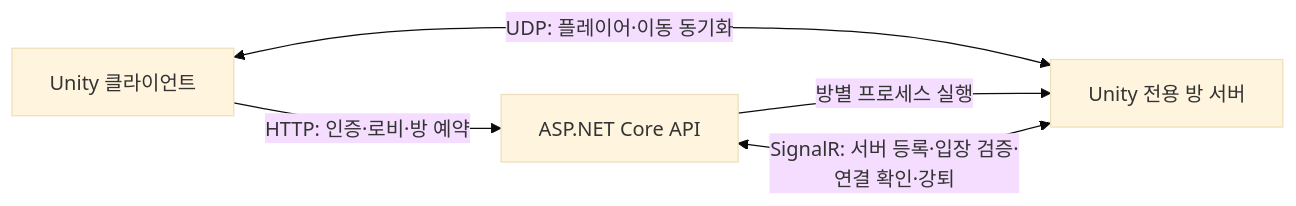
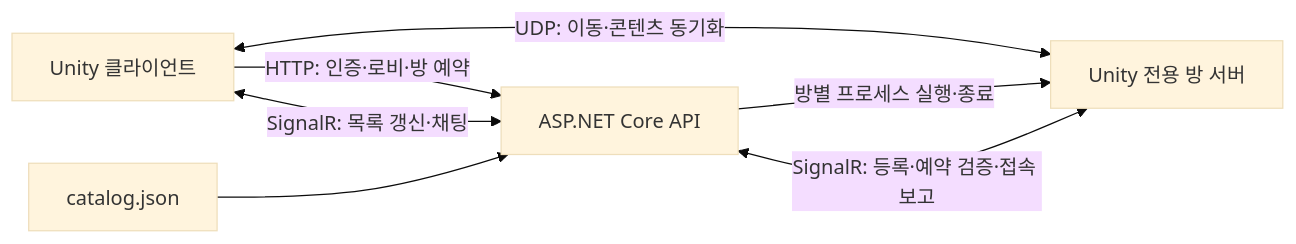
One commit to Jaehyung2028/Smart-Training-Server changed the diagram in README.md. Above: the diagram before and after it, drawn with Mermaid (base theme). The commit also changed other lines of this file and 2 other files, not shown here.

````diff
--- a/README.md
+++ b/README.md
@@ -15,7 +20,9 @@
 ```mermaid
 flowchart LR
     C[Unity 클라이언트] -->|HTTP: 인증·로비·방 예약| A[ASP.NET Core API]
-    C <-->|UDP: 플레이어·이동 동기화| U[Unity 전용 방 서버]
-    A -->|방별 프로세스 실행| U
-    U <-->|SignalR: 서버 등록·입장 검증·연결 확인·강퇴| A
+    C <-->|SignalR: 목록 갱신·채팅| A
+    C <-->|UDP: 이동·콘텐츠 동기화| U[Unity 전용 방 서버]
+    A -->|방별 프로세스 실행·종료| U
+    U <-->|SignalR: 등록·예약 검증·접속 보고| A
+    J[catalog.json] --> A
 ```
````
